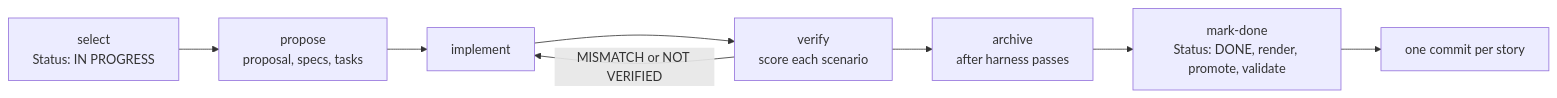
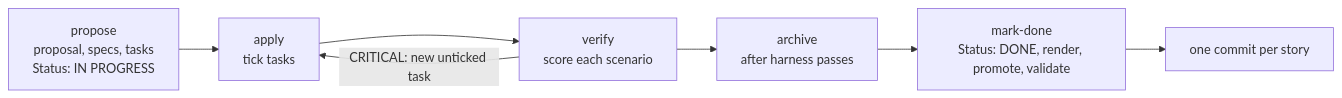
The seventh of 7 diagrams in README-DEV.md (josoroma/autobots), drawn with Mermaid before and after one commit. The commit also changed other lines of this file and 14 other files, not shown here.

````diff
--- a/README-DEV.md
+++ b/README-DEV.md
@@ -814,10 +814,9 @@
 ```mermaid
 flowchart LR
-    select["select<br/>Status: IN PROGRESS"] --> propose["propose<br/>proposal, specs, tasks"]
-    propose --> implement["implement"]
-    implement --> verify["verify<br/>score each scenario"]
-    verify -->|"MISMATCH or NOT VERIFIED"| implement
+    propose["propose<br/>proposal, specs, tasks<br/>Status: IN PROGRESS"] --> apply["apply<br/>tick tasks"]
+    apply --> verify["verify<br/>score each scenario"]
+    verify -->|"CRITICAL: new unticked task"| apply
     verify --> archive["archive<br/>after harness passes"]
     archive --> done["mark-done<br/>Status: DONE, render, promote, validate"]
     done --> commit["one commit per story"]
 ```
````
